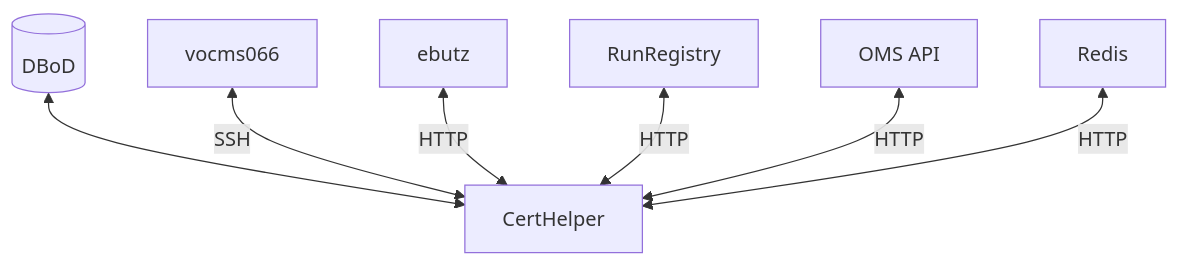
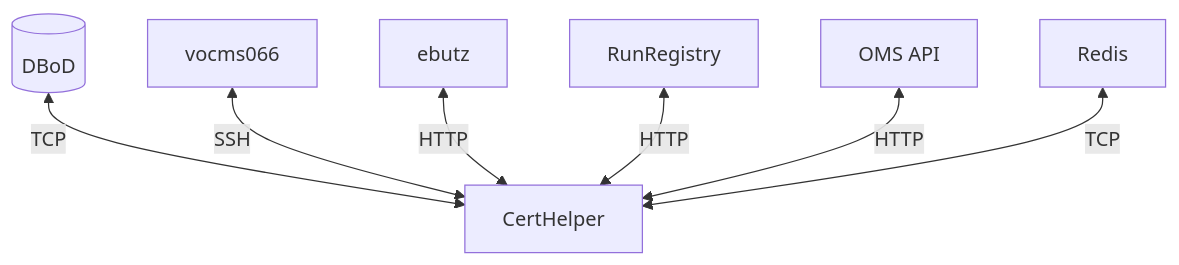
One commit to CMSTrackerDPG/cms-tkdpg-software-knowledge-transfer changed the diagram in docs/certhelper/connectivity.md. Above: the diagram before and after it, drawn with Mermaid.

````diff
--- a/docs/certhelper/connectivity.md
+++ b/docs/certhelper/connectivity.md
@@ -6,10 +6,10 @@
 ```mermaid
 flowchart
-	db[(DBoD)] <--> ch[CertHelper]
+	db[(DBoD)] <-- TCP --> ch[CertHelper]
 	vocms[vocms066] <-- SSH --> ch
 	ebutz[ebutz] <-- HTTP --> ch
 	rr[RunRegistry] <-- HTTP --> ch
 	oms[OMS API] <-- HTTP --> ch
-	redis[Redis] <-- HTTP --> ch
+	redis[Redis] <-- TCP --> ch
 
 ```
````
